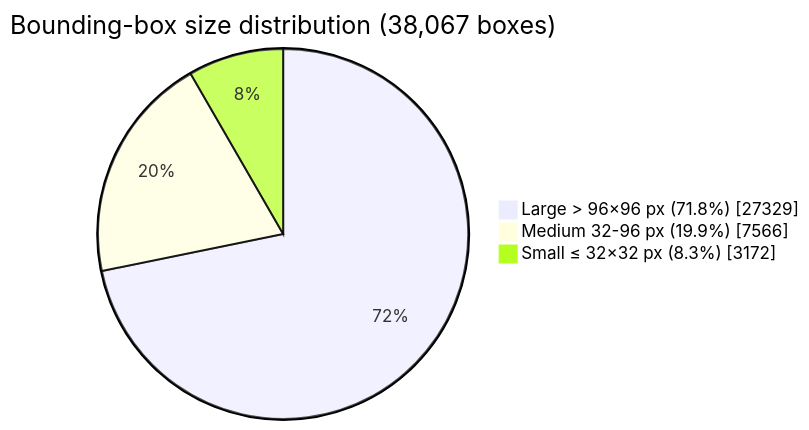
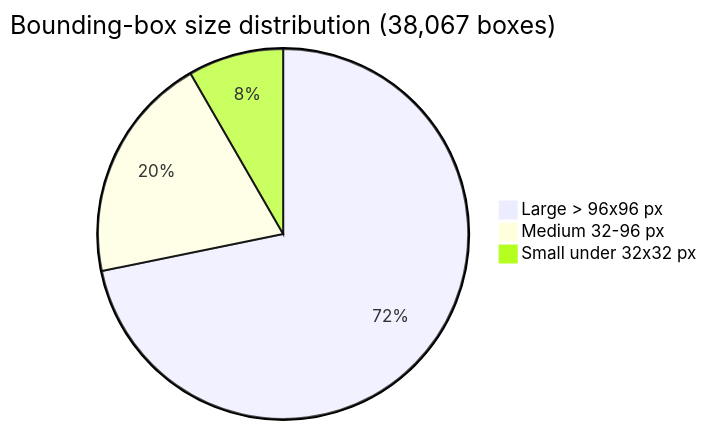
Before and after one commit to CostiCatargiu/Yolov12_WeaponDetection: the sixth of 6 diagrams in Readme.md, drawn with Mermaid. The commit also changed other lines of this file, not shown here.

````diff
--- a/Readme.md
+++ b/Readme.md
@@ -544,7 +531,6 @@
 ```mermaid
-pie showData
-    title Bounding-box size distribution (38,067 boxes)
-    "Large > 96×96 px (71.8%)" : 27329
-    "Medium 32-96 px (19.9%)" : 7566
-    "Small ≤ 32×32 px (8.3%)" : 3172
+pie title Bounding-box size distribution (38,067 boxes)
+    "Large > 96x96 px" : 27329
+    "Medium 32-96 px" : 7566
+    "Small under 32x32 px" : 3172
 ```
````
